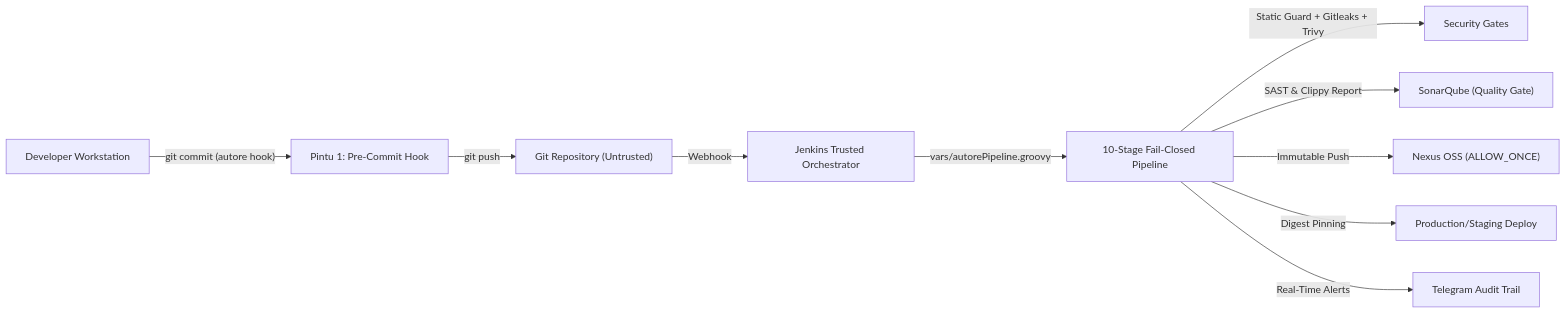
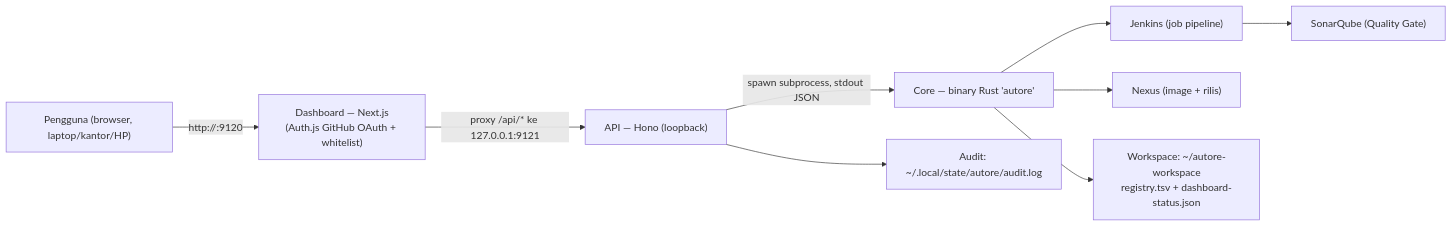
One commit to tugure-git-intern/Autore changed the diagram in README.md. Above: the diagram before and after it, drawn with Mermaid. The commit also changed other lines of this file and 8 other files, not shown here.

````diff
--- a/README.md
+++ b/README.md
@@ -145,12 +21,11 @@
 ```mermaid
 flowchart LR
-    DEV["Developer Workstation"] -->|"git commit (autore hook)"| HOOK["Pintu 1: Pre-Commit Hook"]
-    HOOK -->|"git push"| SCM["Git Repository (Untrusted)"]
-    SCM -->|"Webhook"| JNK["Jenkins Trusted Orchestrator"]
-    JNK -->|"vars/autorePipeline.groovy"| PIPE["10-Stage Fail-Closed Pipeline"]
-    PIPE -->|"Static Guard + Gitleaks + Trivy"| SEC["Security Gates"]
-    PIPE -->|"SAST & Clippy Report"| SQ["SonarQube (Quality Gate)"]
-    PIPE -->|"Immutable Push"| NX["Nexus OSS (ALLOW_ONCE)"]
-    PIPE -->|"Digest Pinning"| DEP["Production/Staging Deploy"]
-    PIPE -->|"Real-Time Alerts"| TG["Telegram Audit Trail"]
+    U["Pengguna (browser, laptop/kantor/HP)"] -->|"http://<tailnet>:9120"| D["Dashboard — Next.js<br/>(Auth.js GitHub OAuth + whitelist)"]
+    D -->|"proxy /api/* ke 127.0.0.1:9121"| A["API — Hono (loopback)"]
+    A -->|"spawn subprocess, stdout JSON"| C["Core — binary Rust 'autore'"]
+    C --> J["Jenkins (job pipeline)"]
+    C --> N["Nexus (image + rilis)"]
+    J --> S["SonarQube (Quality Gate)"]
+    C --> WS["Workspace: ~/autore-workspace<br/>registry.tsv + dashboard-status.json"]
+    A --> AU["Audit: ~/.local/state/autore/audit.log"]
 ```
````
